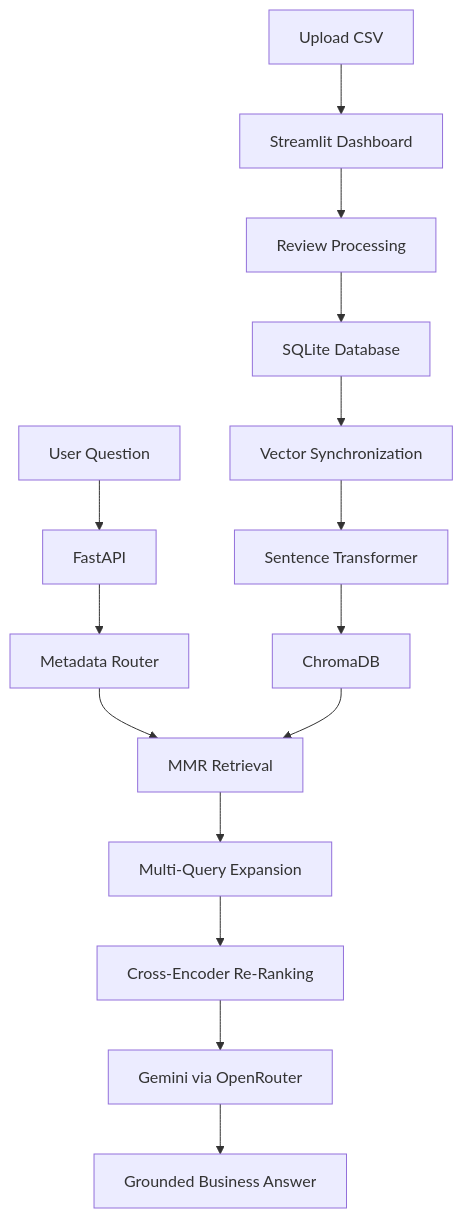
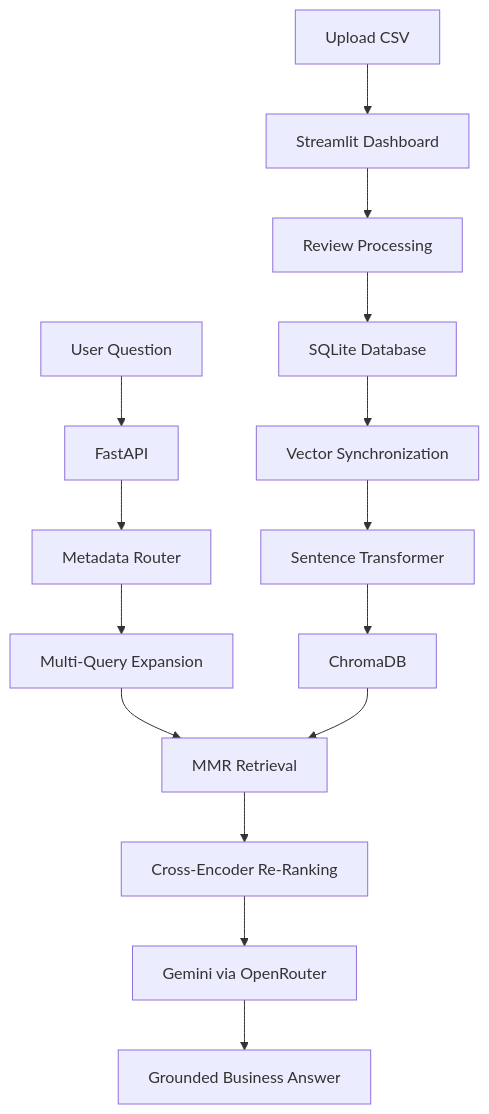
One commit to mayurigade-hub/BizInsight-AI changed the diagram in README.md. Above: the diagram before and after it, drawn with Mermaid. The commit also changed other lines of this file, not shown here.

````diff
--- a/README.md
+++ b/README.md
@@ -378,38 +378,38 @@
 ```mermaid
 flowchart TD
 
     A[Upload CSV]
     B[Streamlit Dashboard]
     C[Review Processing]
     D[SQLite Database]
 
     E[Vector Synchronization]
     F[Sentence Transformer]
     G[ChromaDB]
 
     H[User Question]
     I[FastAPI]
     J[Metadata Router]
     K[MMR Retrieval]
     L[Multi-Query Expansion]
     M[Cross-Encoder Re-Ranking]
     N[Gemini via OpenRouter]
     O[Grounded Business Answer]
 
     A --> B
     B --> C
     C --> D
 
     D --> E
     E --> F
     F --> G
 
     H --> I
     I --> J
-    J --> K
+    J --> L
+    L --> K
     G --> K
-    K --> L
-    L --> M
+    K --> M
     M --> N
     N --> O
 ```
````
